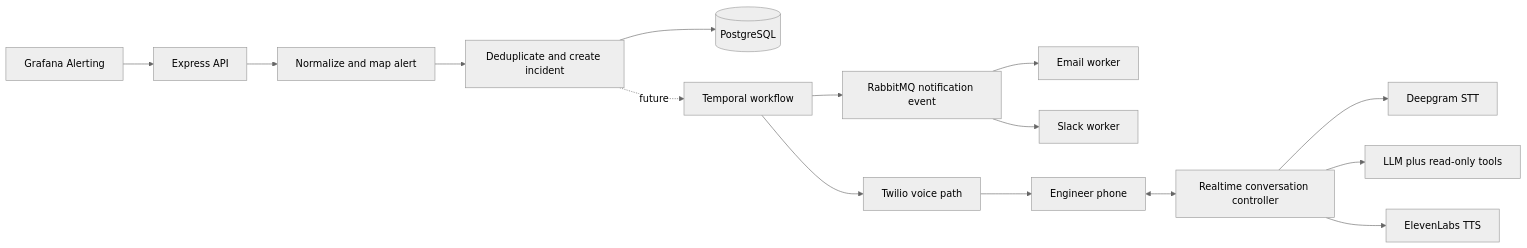
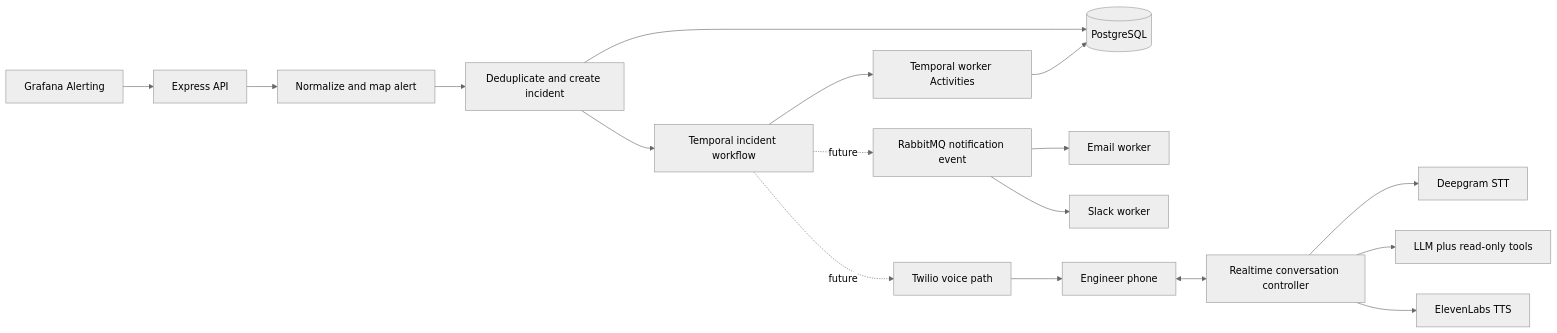
Before and after one commit to abhinavkarnatak-dev/WakeOps: the first of 2 diagrams in docs/architecture.md, drawn with Mermaid (neutral theme). The commit also changed other lines of this file and 24 other files, not shown here.

````diff
--- a/docs/architecture.md
+++ b/docs/architecture.md
@@ -5,17 +5,19 @@
 ```mermaid
 flowchart LR
     M[Grafana Alerting] --> API[Express API]
     API --> A[Normalize and map alert]
     A --> I[Deduplicate and create incident]
     I --> DB[(PostgreSQL)]
-    I -. future .-> T[Temporal workflow]
-    T --> V[Twilio voice path]
-    T --> Q[RabbitMQ notification event]
+    I --> T[Temporal incident workflow]
+    T --> W[Temporal worker Activities]
+    W --> DB
+    T -. future .-> V[Twilio voice path]
+    T -. future .-> Q[RabbitMQ notification event]
     Q --> E[Email worker]
     Q --> S[Slack worker]
     V --> P[Engineer phone]
     P <--> C[Realtime conversation controller]
     C --> D[Deepgram STT]
     C --> L[LLM plus read-only tools]
     C --> EL[ElevenLabs TTS]
 ```
````
